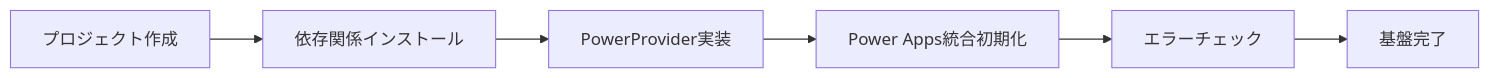
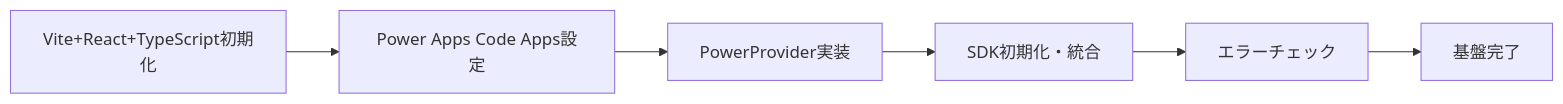
One commit to PLUG365/DecisionFlow changed the second of 11 diagrams in README.md. Above: the diagram before and after it, drawn with Mermaid. The commit also changed other lines of this file, not shown here.

````diff
--- a/README.md
+++ b/README.md
@@ -26,8 +27,8 @@
 ```mermaid
 graph LR
-    A[プロジェクト作成] --> B[依存関係インストール]
+    A[Vite+React+TypeScript初期化] --> B[Power Apps Code Apps設定]
     B --> C[PowerProvider実装]
-    C --> D[Power Apps統合初期化]
+    C --> D[SDK初期化・統合]
     D --> E[エラーチェック]
     E --> F[基盤完了]
 ```
````
